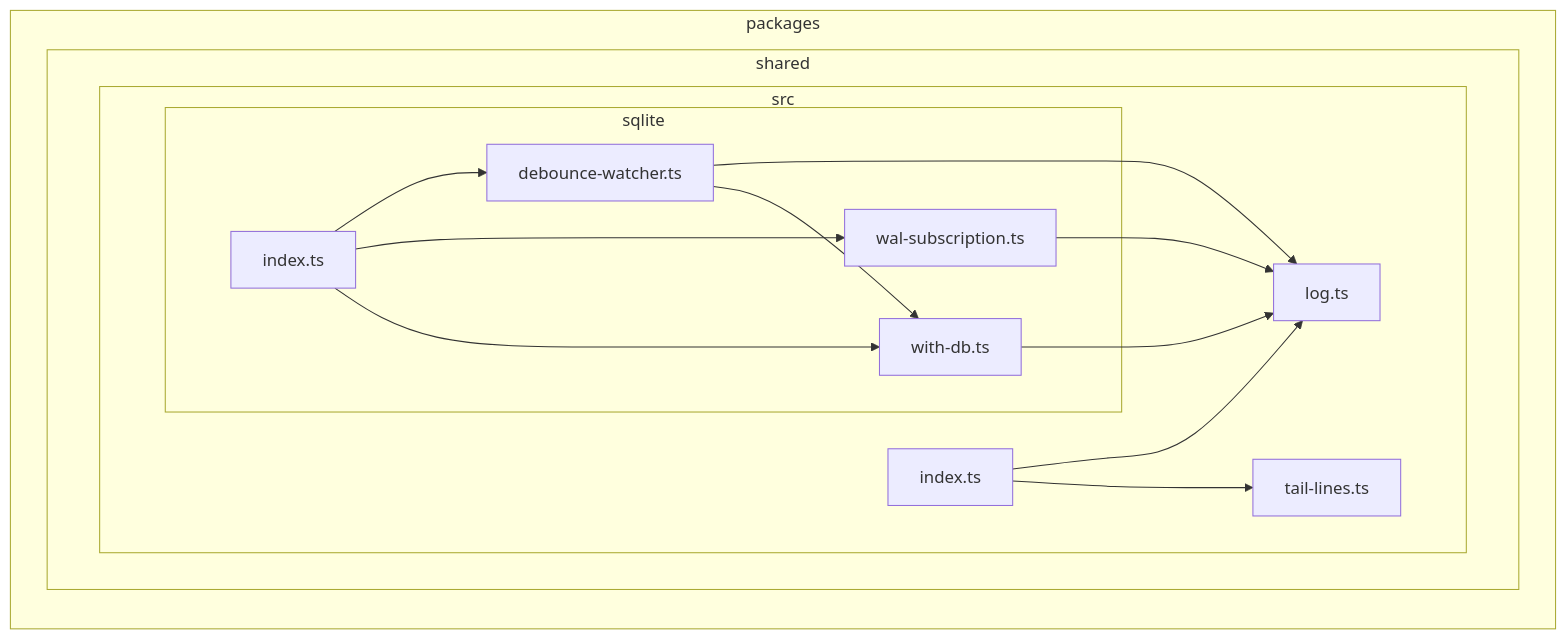
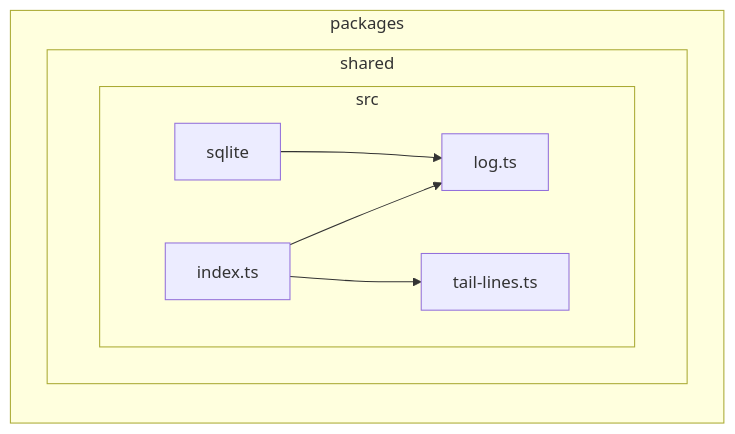
One commit to juspay/kolu changed diagram 12 of 17 in docs/dependency-graph.md. Above: the diagram before and after it, drawn with Mermaid. The commit also changed other lines of this file and 1 other file, not shown here.

First line of the commit message:
chore(depcruise): cluster per-package graphs by subfolder, drop test files

````diff
--- a/docs/dependency-graph.md
+++ b/docs/dependency-graph.md
@@ -1099,28 +614,17 @@
 ```mermaid
 flowchart LR
 
 subgraph packages["packages"]
   subgraph packages_shared["shared"]
     subgraph packages_shared_src["src"]
       packages_shared_src_index_ts["index.ts"]
       packages_shared_src_log_ts["log.ts"]
+      packages_shared_src_sqlite["sqlite"]
       packages_shared_src_tail_lines_ts["tail-lines.ts"]
-      subgraph packages_shared_src_sqlite["sqlite"]
-        packages_shared_src_sqlite_index_ts["index.ts"]
-        packages_shared_src_sqlite_debounce_watcher_ts["debounce-watcher.ts"]
-        packages_shared_src_sqlite_with_db_ts["with-db.ts"]
-        packages_shared_src_sqlite_wal_subscription_ts["wal-subscription.ts"]
-      end
     end
   end
 end
 packages_shared_src_index_ts-->packages_shared_src_log_ts
 packages_shared_src_index_ts-->packages_shared_src_tail_lines_ts
-packages_shared_src_sqlite_index_ts-->packages_shared_src_sqlite_debounce_watcher_ts
-packages_shared_src_sqlite_index_ts-->packages_shared_src_sqlite_wal_subscription_ts
-packages_shared_src_sqlite_index_ts-->packages_shared_src_sqlite_with_db_ts
-packages_shared_src_sqlite_debounce_watcher_ts-->packages_shared_src_log_ts
-packages_shared_src_sqlite_debounce_watcher_ts-->packages_shared_src_sqlite_with_db_ts
-packages_shared_src_sqlite_with_db_ts-->packages_shared_src_log_ts
-packages_shared_src_sqlite_wal_subscription_ts-->packages_shared_src_log_ts
+packages_shared_src_sqlite-->packages_shared_src_log_ts
 ```
````
